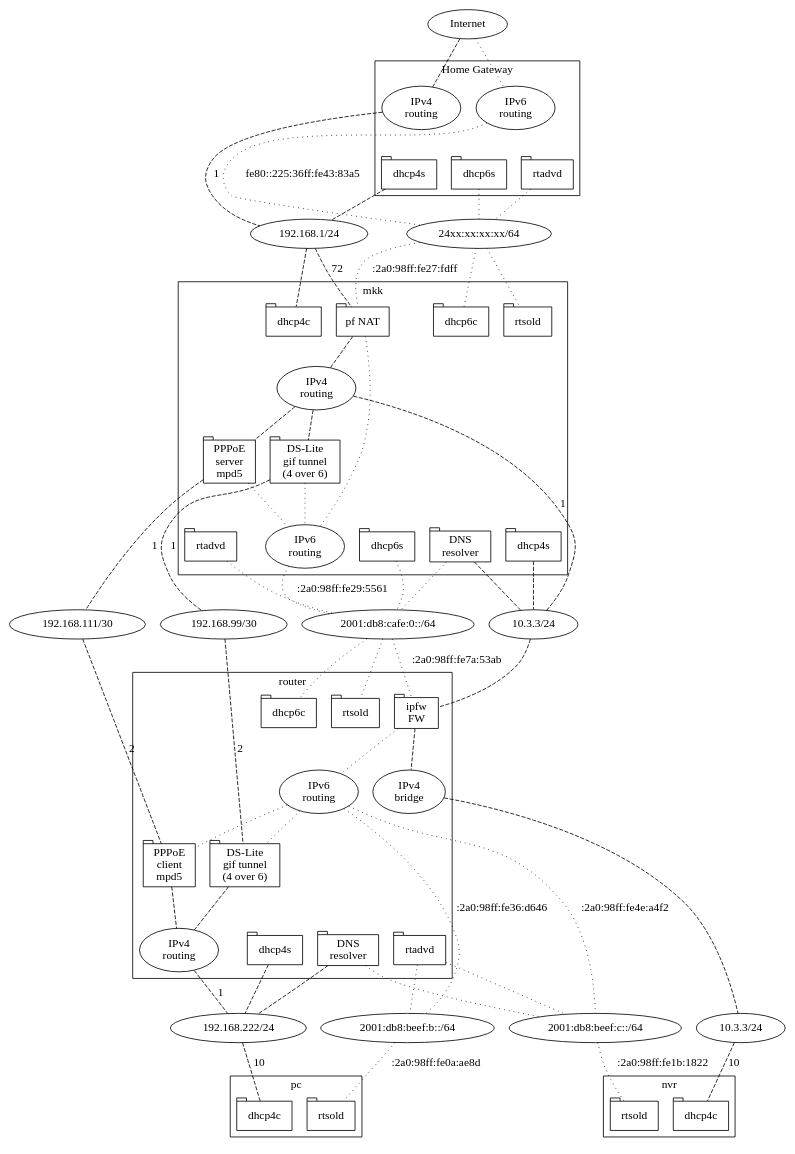
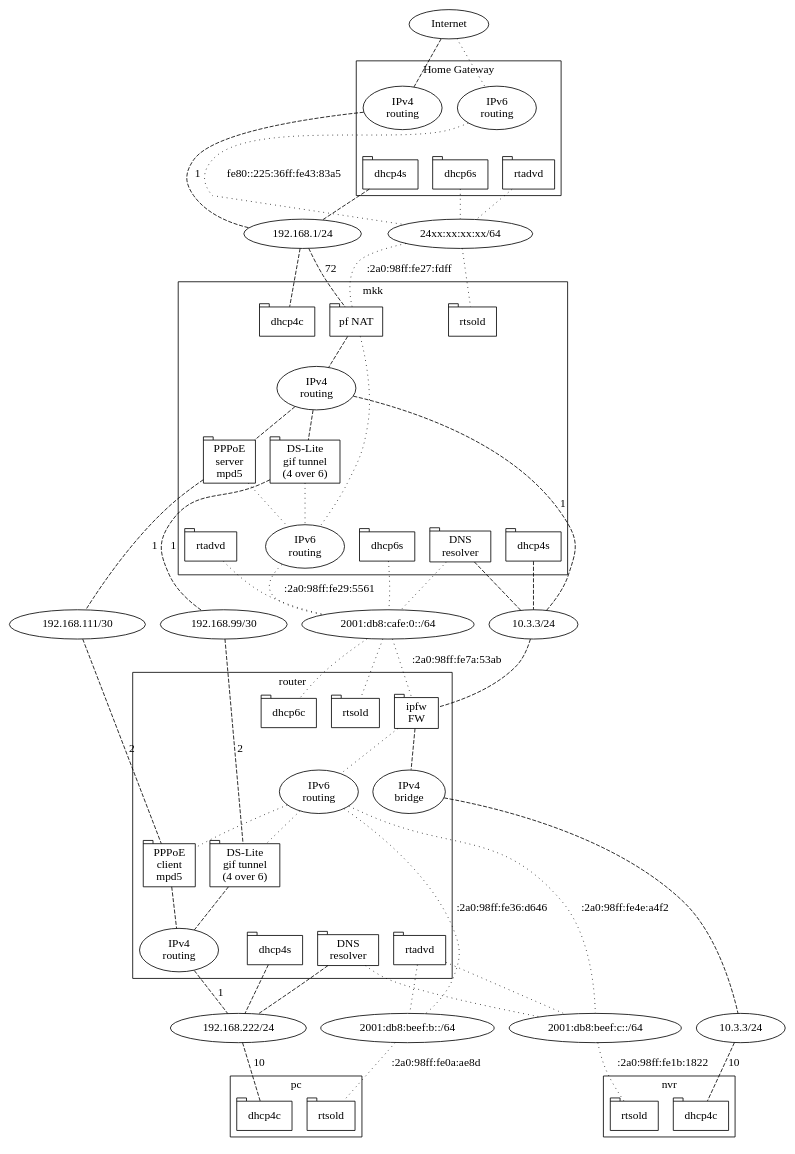
The diagram in FletsLikeNW/img/nw.dot (motok/NotsKotsMemo), drawn with Graphviz before and after one commit. The commit also changed 1 other file, not shown here.

Commit message:
mkk does not run dhcp6c

```diff
--- a/FletsLikeNW/img/nw.dot
+++ b/FletsLikeNW/img/nw.dot
@@ -1,149 +1,149 @@
 graph interfaces {
     node [shape="tab"]
 
     internet [shape="oval" label="Internet"]
     subgraph cluster_hgw {
         label="Home Gateway"
         {
             rank="same"
             hgw_routing4 [shape="oval" label="IPv4\nrouting"]
             hgw_routing6 [shape="oval" label="IPv6\nrouting"]
         }
         hgw_routing4 -- hgw_dhcp4s [style="invis"]
         {
             rank="same"
             hgw_dhcp4s [label="dhcp4s"]
             hgw_rtadvd [label="rtadvd"]
             hgw_dhcp6s [label="dhcp6s"]
         }
     }
     lan4 [shape="oval" label="192.168.1/24"]
     lan6 [shape="oval" label="24xx:xx:xx:xx/64"]
     subgraph cluster_mkk {
         label="mkk"
         {
             rank="same"
             mkk_pf [label="pf NAT"]
             mkk_dhcp4c [label="dhcp4c"]
             mkk_rtsold [label="rtsold"]
-            mkk_dhcp6c [label="dhcp6c"]
+            #mkk_dhcp6c [label="dhcp6c"]
         }
         mkk_routing4 [shape="oval" label="IPv4\nrouting"]
         mkk_routing6 [shape="oval" label="IPv6\nrouting"]
         mkk_routing4 -- mkk_dhcp4s [style="invis"]
         mkk_pppoes [label="PPPoE\nserver\nmpd5"]
 	mkk_dslites [label="DS-Lite\ngif tunnel\n(4 over 6)"]
         {
             rank="same"
             mkk_routing6 -- mkk_rtadvd [style="invis"]
             mkk_dhcp4s [label="dhcp4s"]
             mkk_rtadvd [label="rtadvd"]
             mkk_dhcp6s [label="dhcp6s"]
             mkk_resolver [label="DNS\nresolver"]
         }
     }
     {
         rank="same"
         onu4 [shape="oval" label="10.3.3/24"]
         onu6 [shape="oval" label="2001:db8:cafe:0::/64"]
         pppoe4  [shape="oval" label="192.168.111/30"]
         dslite4 [shape="oval" label="192.168.99/30"]
     }
     subgraph cluster_router { label="router"
         {
             rank="same"
             rt_ipfw [label="ipfw\nFW"]
             rt_rtsold [label="rtsold"]
             rt_dhcp6c [label="dhcp6c"]
         }
         rt_routing6 [shape="oval" label="IPv6\nrouting"]
         rt_bridge4 [shape="oval" label="IPv4\nbridge"]
         rt_pppoec [label="PPPoE\nclient\nmpd5"]
         rt_dslitec [label="DS-Lite\ngif tunnel\n(4 over 6)"]
         rt_routing4 -- rt_dhcp4s [style="invis"]
         {
             rank="same"
             rt_routing4 [shape="oval" label="IPv4\nrouting"]
             rt_dhcp4s [label="dhcp4s"]
             rt_rtadvd [label="rtadvd"]
             rt_resolver [label="DNS\nresolver"]
         }
     }
     {
         rank="same"
         pc4 [shape="oval" label="192.168.222/24"]
         pc6 [shape="oval" label="2001:db8:beef:b::/64"]
         nvr4 [shape="oval" label="10.3.3/24"]
         nvr6 [shape="oval" label="2001:db8:beef:c::/64"]
     }
     subgraph cluster_pc { label="pc"
         pc_dhcp4c [label="dhcp4c"]
         pc_rtsold [label="rtsold"]
     }
     subgraph cluster_nvr { label="nvr"
         nvr_dhcp4c [label="dhcp4c"]
         nvr_rtsold [label="rtsold"]
     }
 
     {
         edge [style="dashed"]
         internet -- hgw_routing4
         hgw_routing4 -- lan4 [label="1"]
         hgw_dhcp4s -- lan4
 
         lan4 -- mkk_pf [label="72"]
         lan4 -- mkk_dhcp4c
         mkk_pf -- mkk_routing4
         mkk_routing4 -- mkk_pppoes
         mkk_pppoes -- pppoe4 [label="1"]
         mkk_routing4 -- mkk_dslites
         mkk_dslites -- dslite4 [label="1"]
         mkk_routing4 -- onu4 [label="1"]
         mkk_dhcp4s -- onu4
         mkk_resolver -- onu4
 
         onu4 -- rt_ipfw 
         rt_ipfw -- rt_bridge4
         rt_routing4 -- pc4 [label="1"]
         rt_bridge4 -- nvr4
         pppoe4 -- rt_pppoec [label="2"]
         rt_pppoec -- rt_routing4
         dslite4 -- rt_dslitec [label="2"]
         rt_dslitec -- rt_routing4
         rt_dhcp4s -- pc4
         rt_resolver -- pc4
         pc4 -- pc_dhcp4c [label="10"]
         nvr4 -- nvr_dhcp4c [label="10"]
     }
 
     { # IPv6
         edge [style="dotted"]
         internet -- hgw_routing6
         hgw_routing6 -- lan6 [label="fe80::225:36ff:fe43:83a5"]
         hgw_rtadvd -- lan6
         hgw_dhcp6s -- lan6
         lan6 -- mkk_rtsold
-        lan6 -- mkk_dhcp6c
+        #lan6 -- mkk_dhcp6c
         lan6 -- mkk_pf [label=":2a0:98ff:fe27:fdff"]
         mkk_pf -- mkk_routing6
         mkk_pppoes -- mkk_routing6
         mkk_dslites -- mkk_routing6
         mkk_routing6 -- onu6 [label=":2a0:98ff:fe29:5561"]
         mkk_rtadvd -- onu6
         mkk_dhcp6s -- onu6
         mkk_resolver -- onu6
         onu6 -- rt_ipfw [label=":2a0:98ff:fe7a:53ab"]
         onu6 -- rt_rtsold
         onu6 -- rt_dhcp6c
         rt_routing6 -- rt_pppoec
         rt_routing6 -- rt_dslitec
         rt_ipfw -- rt_routing6
         rt_routing6 -- pc6 [label=":2a0:98ff:fe36:d646"]
         rt_routing6 -- nvr6 [label=":2a0:98ff:fe4e:a4f2"]
         rt_rtadvd -- pc6
         rt_rtadvd -- nvr6
         rt_resolver -- nvr6
         pc6 -- pc_rtsold [label=":2a0:98ff:fe0a:ae8d"]
         nvr6 -- nvr_rtsold [label=":2a0:98ff:fe1b:1822"]
     }
 }
```
